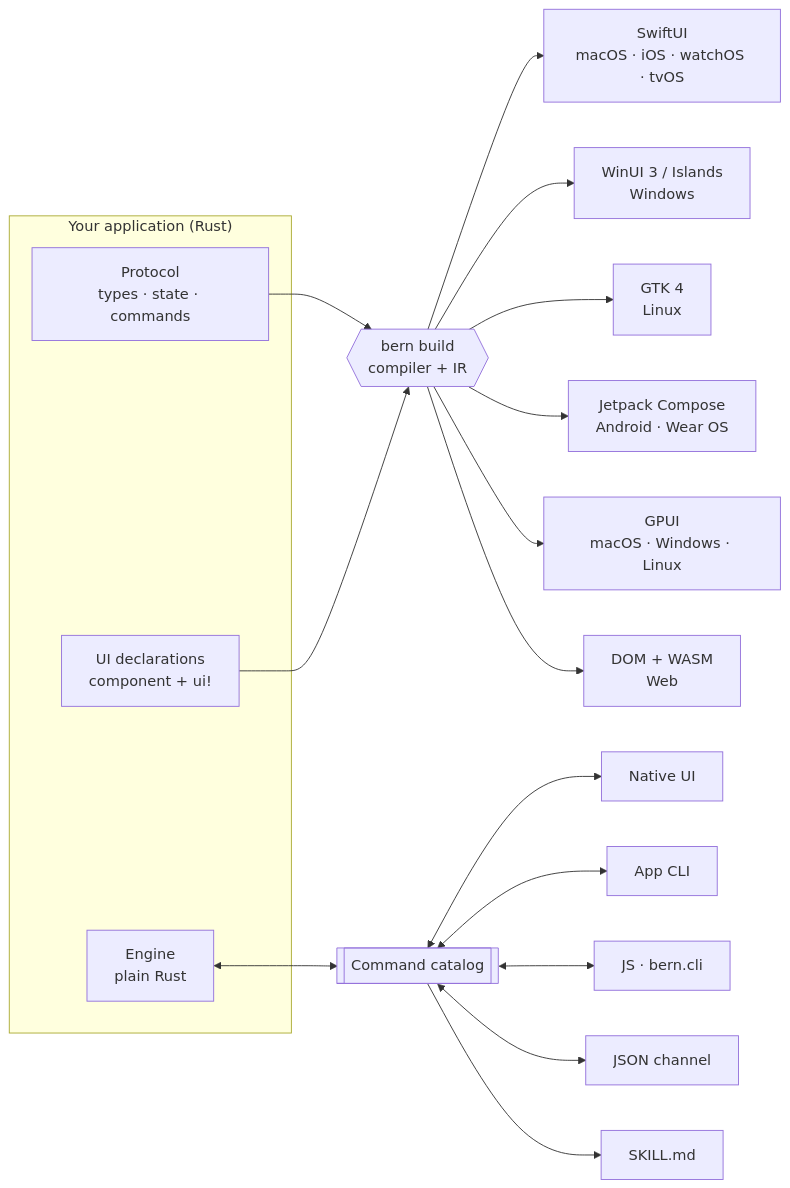
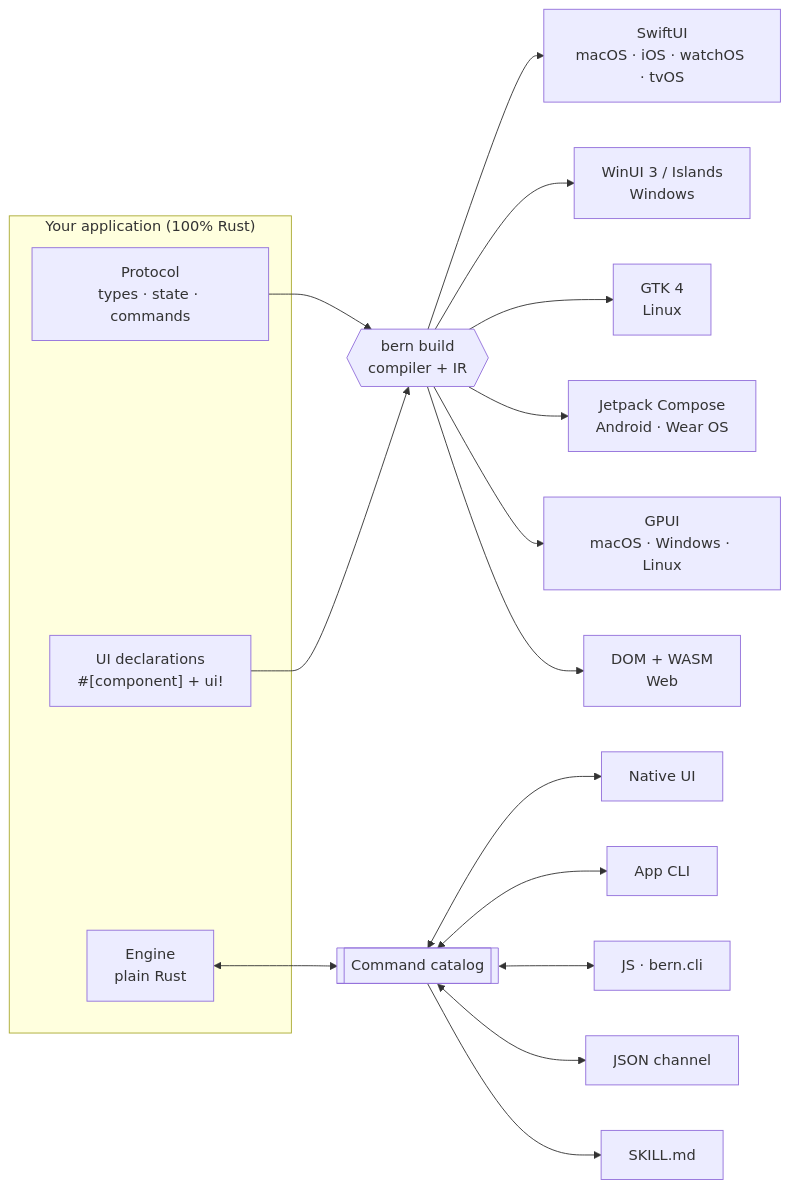
The diagram in README.md (AimesSoft/Bern), drawn with Mermaid before and after one commit. The commit also changed other lines of this file and 124 other files, not shown here.

````diff
--- a/README.md
+++ b/README.md
@@ -232,22 +116,22 @@
 ```mermaid
 flowchart LR
-    subgraph app["Your application (Rust)"]
+    subgraph app["Your application (100% Rust)"]
         P["Protocol<br/>types · state · commands"]
-        U["UI declarations<br/>component + ui!"]
+        U["UI declarations<br/>#[component] + ui!"]
         E["Engine<br/>plain Rust"]
     end
     P --> C{{"bern build<br/>compiler + IR"}}
     U --> C
     C --> S["SwiftUI<br/>macOS · iOS · watchOS · tvOS"]
     C --> W["WinUI 3 / Islands<br/>Windows"]
     C --> G["GTK 4<br/>Linux"]
     C --> A["Jetpack Compose<br/>Android · Wear OS"]
     C --> P2["GPUI<br/>macOS · Windows · Linux"]
     C --> B["DOM + WASM<br/>Web"]
     E <--> K[["Command catalog"]]
     K <--> N["Native UI"]
     K <--> L["App CLI"]
     K <--> JS["JS · bern.cli"]
     K <--> J["JSON channel"]
     K --> SK["SKILL.md"]
 ```
````
